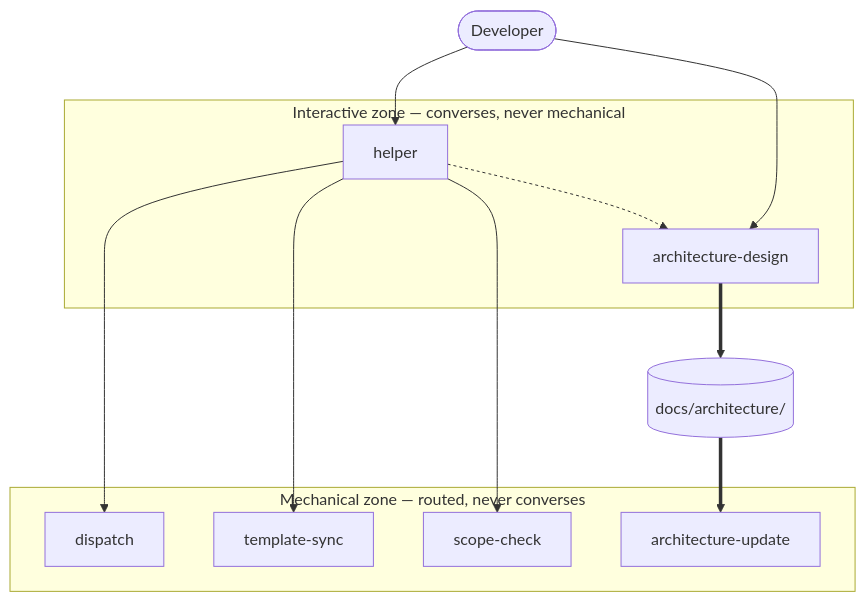
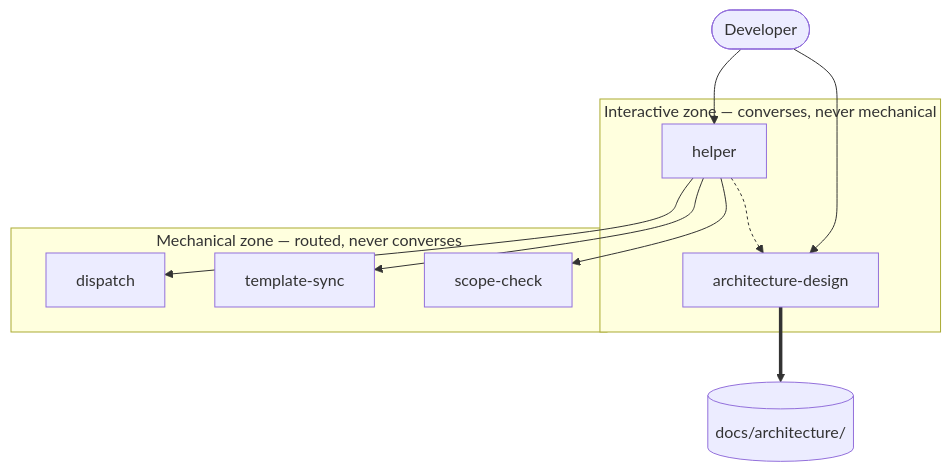
The diagram in docs/architecture/process.md (demaconsulting/Anneal), drawn with Mermaid before and after one commit. The commit also changed other lines of this file and 15 other files, not shown here.

````diff
--- a/docs/architecture/process.md
+++ b/docs/architecture/process.md
@@ -106,30 +106,28 @@
 ```mermaid
 flowchart TD
     User(["Developer"])
 
     subgraph Interactive["Interactive zone — converses, never mechanical"]
         Helper[helper]
         ArchDesign[architecture-design]
     end
 
     subgraph Mechanical["Mechanical zone — routed, never converses"]
         Dispatch[dispatch]
-        ArchUpdate[architecture-update]
         ScopeCheck[scope-check]
         TemplateSync[template-sync]
     end
 
     Tree[("docs/architecture/")]
 
     User --> Helper
     User --> ArchDesign
     Helper --> Dispatch
     Helper --> TemplateSync
     Helper --> ScopeCheck
 
     Helper -.-> ArchDesign
     ArchDesign ==> Tree
-    Tree ==> ArchUpdate
 
     linkStyle 5 stroke-dasharray: 3 3
 ```
````
